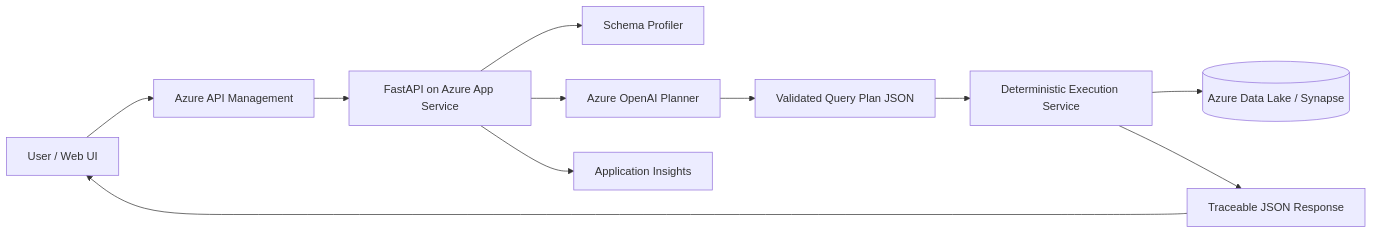
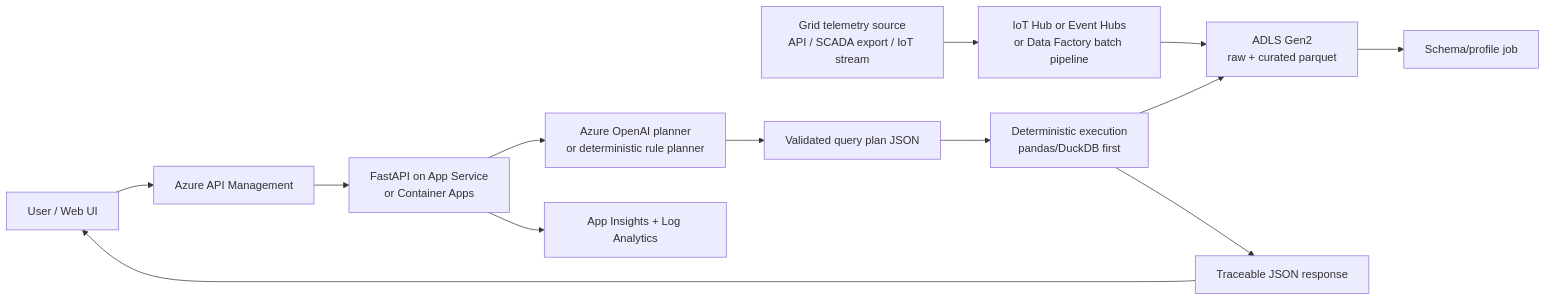
The first of 2 diagrams in docs/ARCHITECTURE.md (WailAhmad/chatlytics), drawn with Mermaid before and after one commit. The commit also changed other lines of this file, not shown here.

Commit message:
Refine Azure production architecture

````diff
--- a/docs/ARCHITECTURE.md
+++ b/docs/ARCHITECTURE.md
@@ -7,13 +9,15 @@
 ```mermaid
 flowchart LR
-    A[User / Web UI] --> B[Azure API Management]
-    B --> C[FastAPI on Azure App Service]
-    C --> D[Schema Profiler]
-    C --> E[Azure OpenAI Planner]
-    E --> F[Validated Query Plan JSON]
-    F --> G[Deterministic Execution Service]
-    G --> H[(Azure Data Lake / Synapse)]
-    G --> I[Traceable JSON Response]
-    I --> A
-    C --> J[Application Insights]
+    Source["Grid telemetry source\nAPI / SCADA export / IoT stream"] --> Ingest["IoT Hub or Event Hubs\nor Data Factory batch pipeline"]
+    Ingest --> Lake["ADLS Gen2\nraw + curated parquet"]
+    Lake --> Profile["Schema/profile job"]
+    User["User / Web UI"] --> APIM["Azure API Management"]
+    APIM --> API["FastAPI on App Service\nor Container Apps"]
+    API --> Planner["Azure OpenAI planner\nor deterministic rule planner"]
+    Planner --> Plan["Validated query plan JSON"]
+    Plan --> Exec["Deterministic execution\npandas/DuckDB first"]
+    Exec --> Lake
+    Exec --> Response["Traceable JSON response"]
+    Response --> User
+    API --> Monitor["App Insights + Log Analytics"]
 ```
````
